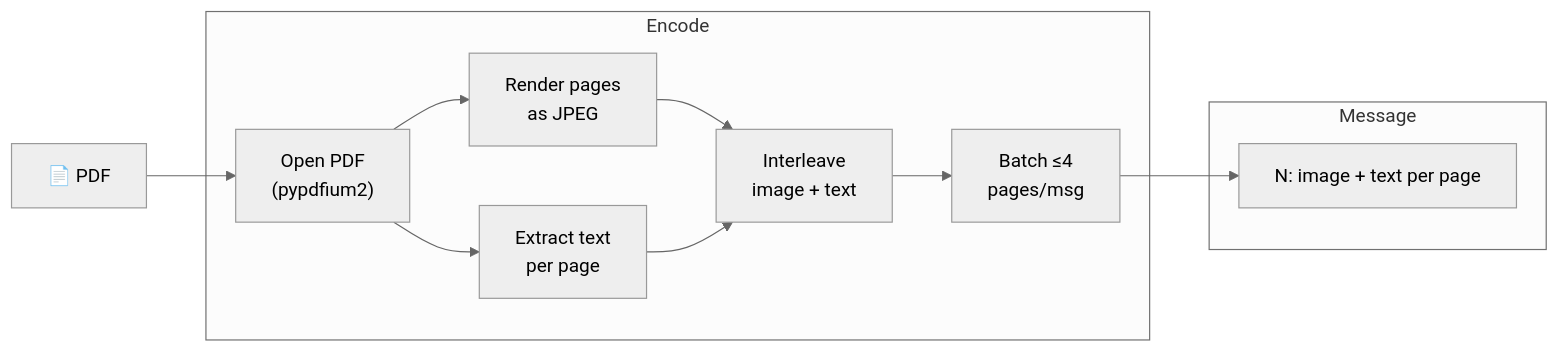
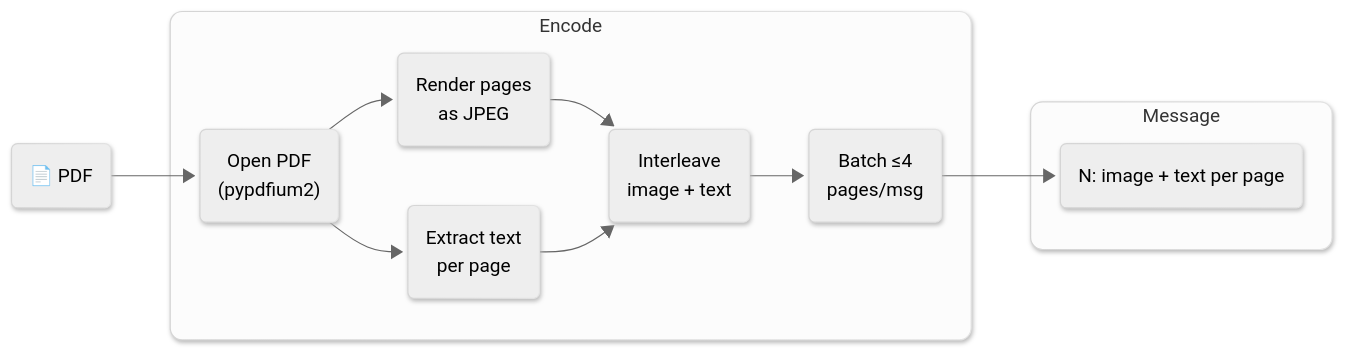
Before and after one commit to vlm-run/mm: diagram 15 of 17 in docs/ENCODERS.md, drawn with Mermaid (neutral theme). The commit also changed other lines of this file and 1 other file, not shown here.

````diff
--- a/docs/ENCODERS.md
+++ b/docs/ENCODERS.md
@@ -367,21 +410,24 @@
 ```mermaid
+%%{init: {'look': 'neo'} }%%
 graph LR
-  doc["📄 PDF"]
+  doc("📄 PDF")
 
   subgraph encode ["Encode"]
-    open["Open PDF\n(pypdfium2)"]
-    render["Render pages\nas JPEG"]
-    text["Extract text\nper page"]
-    interleave["Interleave\nimage + text"]
-    batch["Batch ≤4\npages/msg"]
+    open("Open PDF\n(pypdfium2)")
+    render("Render pages\nas JPEG")
+    text("Extract text\nper page")
+    interleave("Interleave\nimage + text")
+    batch("Batch ≤4\npages/msg")
   end
 
   subgraph message ["Message"]
-    msgs["N: image + text per page"]
+    msgs("N: image + text per page")
   end
 
   doc --> open
   open --> render --> interleave
   open --> text --> interleave
   interleave --> batch --> msgs
+  style encode rx:10px,ry:10px
+  style message rx:10px,ry:10px
 ```
````
